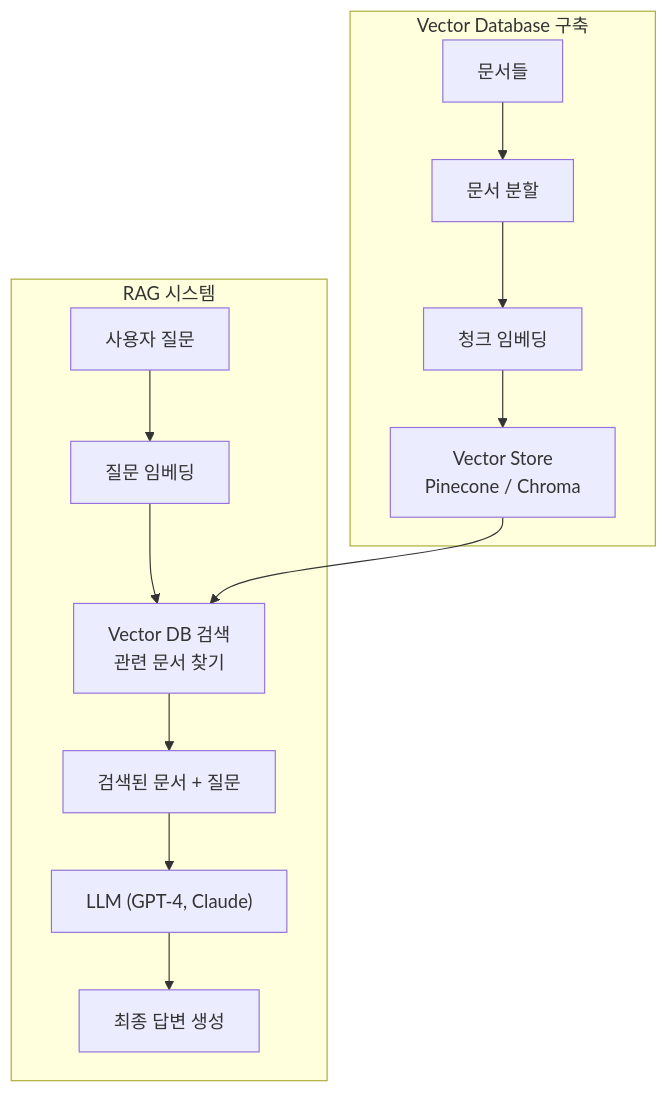
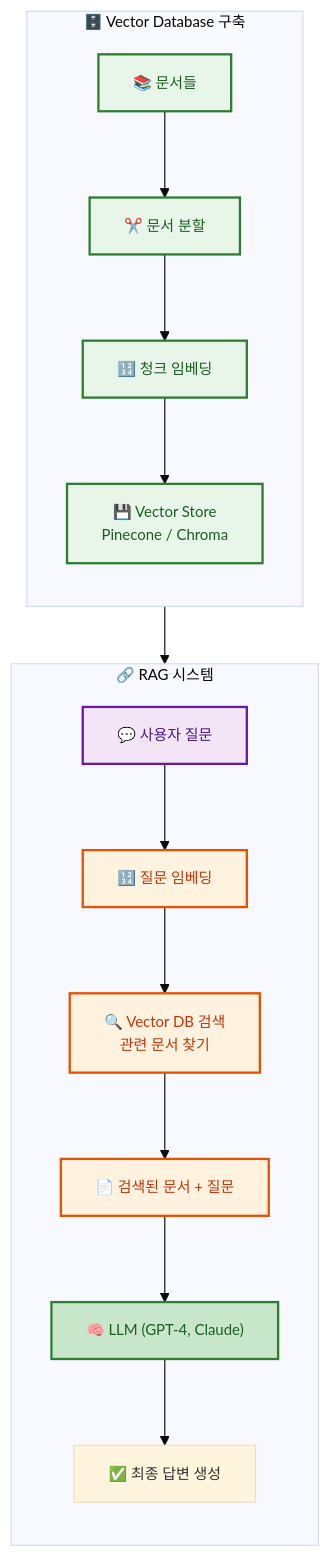
One commit to jingu279/Document changed diagram 14 of 19 in ai-programming/README.md. Above: the diagram before and after it, drawn with Mermaid. The commit also changed other lines of this file, not shown here.

First line of the commit message:
README Mermaid 다이어그램 스타일링 개선

````diff
--- a/ai-programming/README.md
+++ b/ai-programming/README.md
@@ -352,18 +536,35 @@
 ```mermaid
+%%{init: {'theme': 'base', 'themeVariables': {'fontSize': '13px'}}}%%
 flowchart TB
-  subgraph RAG[RAG 시스템]
-    Q2["사용자 질문"] --> EmbedQ["질문 임베딩"]
-    EmbedQ --> Search["Vector DB 검색<br/>관련 문서 찾기"]
-    Search --> Context["검색된 문서 + 질문"]
-    Context --> LLM["LLM (GPT-4, Claude)"]
-    LLM --> Answer["최종 답변 생성"]
+  subgraph RAG[🔗 RAG 시스템]
+    direction TB
+    Q2["💬 사용자 질문"]
+    EmbedQ["🔢 질문 임베딩"]
+    Search["🔍 Vector DB 검색<br/>관련 문서 찾기"]
+    Context["📄 검색된 문서 + 질문"]
+    LLM["🧠 LLM (GPT-4, Claude)"]
+    Answer["✅ 최종 답변 생성"]
   end
 
-  subgraph VectorDB[Vector Database 구축]
-    Docs["문서들"] --> Chunk["문서 분할"]
-    Chunk --> EmbedD["청크 임베딩"]
-    EmbedD --> Store["Vector Store<br/>Pinecone / Chroma"]
+  Q2 --> EmbedQ --> Search --> Context --> LLM --> Answer
+
+  subgraph VectorDB[🗄️ Vector Database 구축]
+    direction TB
+    Docs["📚 문서들"]
+    Chunk["✂️ 문서 분할"]
+    EmbedD["🔢 청크 임베딩"]
+    Store["💾 Vector Store<br/>Pinecone / Chroma"]
   end
 
+  Docs --> Chunk --> EmbedD --> Store
   Store --> Search
+
+  classDef user fill:#f3e5f5,stroke:#6a1b9a,stroke-width:2px,color:#4a148c
+  classDef proc fill:#fff3e0,stroke:#e65100,stroke-width:2px,color:#bf360c
+  classDef db fill:#e8f5e9,stroke:#2e7d32,stroke-width:2px,color:#1b5e20
+  classDef answer fill:#c8e6c9,stroke:#2e7d32,stroke-width:2px,color:#1b5e20
+  class Q2 user
+  class EmbedQ,Search,Context proc
+  class LLM answer
+  class Docs,Chunk,EmbedD,Store db
 ```
````
